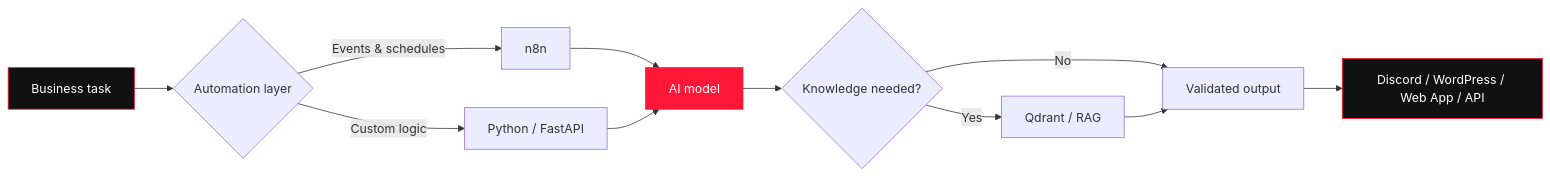
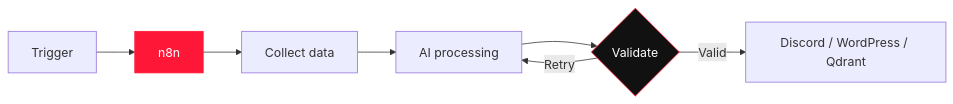
One commit to AmmarBinYasir489/AmmarBinYasir489 changed the diagram in README.md. Above: the diagram before and after it, drawn with Mermaid. The commit also changed other lines of this file, not shown here.

````diff
--- a/README.md
+++ b/README.md
@@ -81,17 +206,12 @@
 ```mermaid
 flowchart LR
-    A[Business task] --> B{Automation layer}
-    B -->|Events & schedules| C[n8n]
-    B -->|Custom logic| D[Python / FastAPI]
-    C --> E[AI model]
-    D --> E
-    E --> F{Knowledge needed?}
-    F -->|Yes| G[Qdrant / RAG]
-    F -->|No| H[Validated output]
-    G --> H
-    H --> I[Discord / WordPress / Web App / API]
+    A[Trigger] --> B[n8n]
+    B --> C[Collect data]
+    C --> D[AI processing]
+    D --> E{Validate}
+    E -->|Valid| F[Discord / WordPress / Qdrant]
+    E -->|Retry| D
 
-    style A fill:#111,color:#fff,stroke:#FF1738
-    style E fill:#FF1738,color:#fff,stroke:#FF1738
-    style I fill:#111,color:#fff,stroke:#FF1738
+    style B fill:#ff1738,color:#fff,stroke:#ff1738
+    style E fill:#111,color:#fff,stroke:#ff1738
 ```
````
